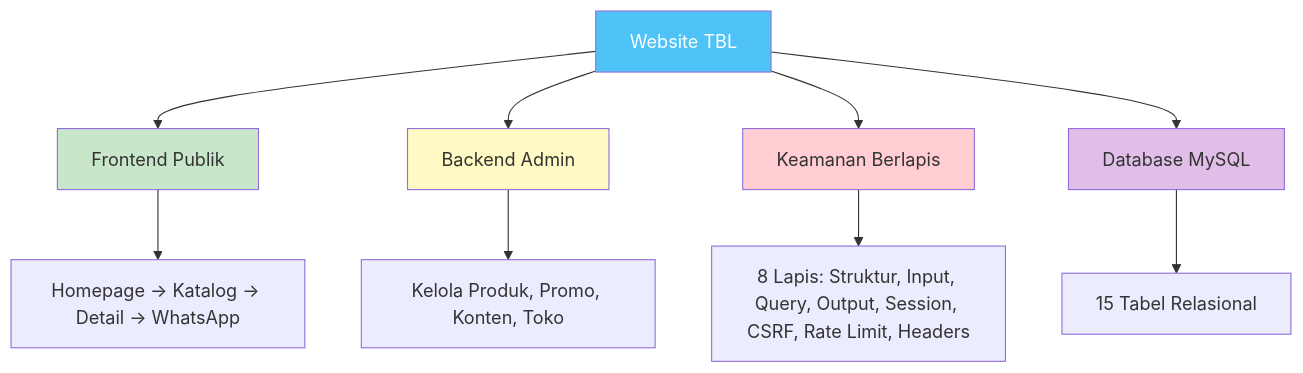
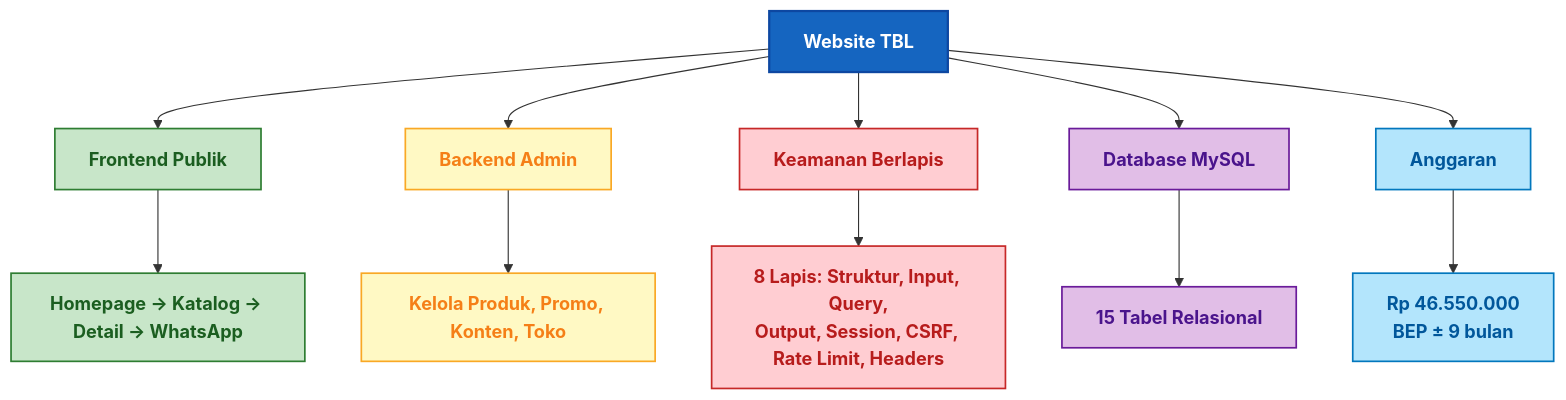
One commit to sekarpratama/project1 changed diagram 19 of 19 in README.md. Above: the diagram before and after it, drawn with Mermaid. The commit also changed other lines of this file, not shown here.

````diff
--- a/README.md
+++ b/README.md
@@ -1103,18 +1293,29 @@
 ```mermaid
 flowchart TB
-    A["Website TBL"] --> B["Frontend Publik"]
-    A --> C["Backend Admin"]
-    A --> D["Keamanan Berlapis"]
-    A --> E["Database MySQL"]
+    A["Website TBL"]:::root
 
-    B --> B1["Homepage -> Katalog -> Detail -> WhatsApp"]
-    C --> C1["Kelola Produk, Promo, Konten, Toko"]
-    D --> D1["8 Lapis: Struktur, Input, Query, Output, Session, CSRF, Rate Limit, Headers"]
-    E --> E1["15 Tabel Relasional"]
+    B["Frontend Publik"]:::pub
+    C["Backend Admin"]:::adm
+    D["Keamanan Berlapis"]:::sec
+    E["Database MySQL"]:::data
+    F["Anggaran"]:::ang
 
-    style A fill:#4fc3f7,color:#fff
-    style B fill:#c8e6c9
-    style C fill:#fff9c4
-    style D fill:#ffcdd2
-    style E fill:#e1bee7
+    B1["Homepage → Katalog → Detail → WhatsApp"]:::pub
+    C1["Kelola Produk, Promo, Konten, Toko"]:::adm
+    D1["8 Lapis: Struktur, Input, Query,<br/>Output, Session, CSRF, Rate Limit, Headers"]:::sec
+    E1["15 Tabel Relasional"]:::data
+    F1["Rp 46.550.000<br/>BEP ± 9 bulan"]:::ang
+
+    A --> B --> B1
+    A --> C --> C1
+    A --> D --> D1
+    A --> E --> E1
+    A --> F --> F1
+
+    classDef root fill:#1565c0,stroke:#0d47a1,stroke-width:2px,color:#ffffff,font-weight:bold
+    classDef pub fill:#c8e6c9,stroke:#2e7d32,stroke-width:1.5px,color:#1b5e20
+    classDef adm fill:#fff9c4,stroke:#f9a825,stroke-width:1.5px,color:#f57f17
+    classDef sec fill:#ffcdd2,stroke:#c62828,stroke-width:1.5px,color:#b71c1c
+    classDef data fill:#e1bee7,stroke:#6a1b9a,stroke-width:1.5px,color:#4a148c
+    classDef ang fill:#b3e5fc,stroke:#0277bd,stroke-width:1.5px,color:#01579b
 ```
````
